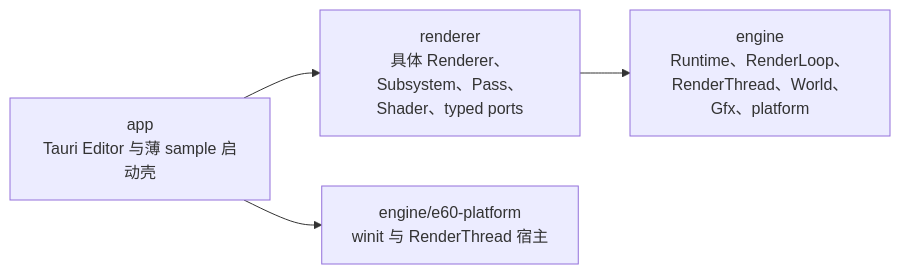
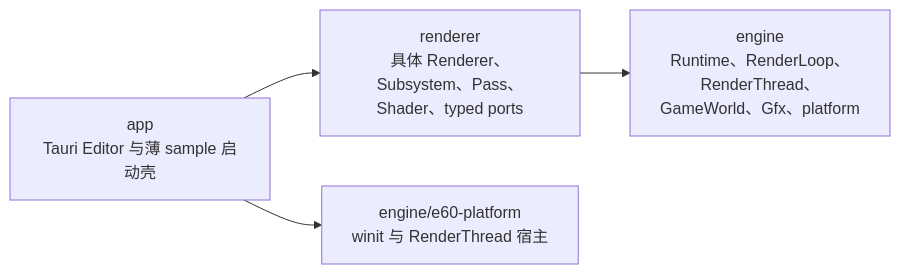
Before and after one commit to acccoco/TruvisRenderer: the first of 2 diagrams in docs/summaries/layering-and-dependency-boundaries.md, drawn with Mermaid. The commit also changed other lines of this file and 101 other files, not shown here.

````diff
--- a/docs/summaries/layering-and-dependency-boundaries.md
+++ b/docs/summaries/layering-and-dependency-boundaries.md
@@ -7,10 +7,10 @@
 ```mermaid
 flowchart LR
     App["app<br/>Tauri Editor 与薄 sample 启动壳"]
     Renderer["renderer<br/>具体 Renderer、Subsystem、Pass、Shader、typed ports"]
-    Engine["engine<br/>Runtime、RenderLoop、RenderThread、World、Gfx、platform"]
+    Engine["engine<br/>Runtime、RenderLoop、RenderThread、GameWorld、Gfx、platform"]
     Platform["engine/e60-platform<br/>winit 与 RenderThread 宿主"]
 
     App --> Renderer --> Engine
     App --> Platform
 ```
````
